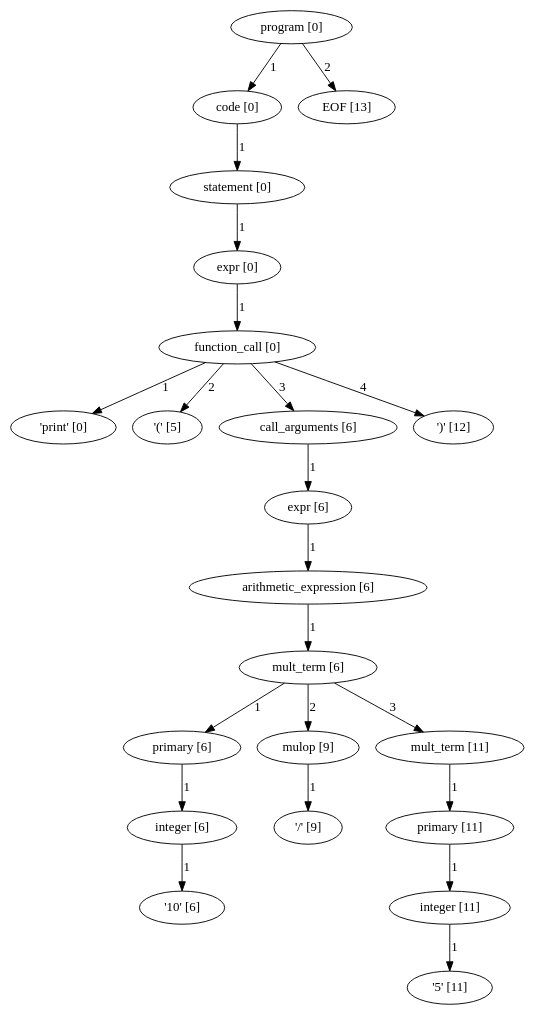
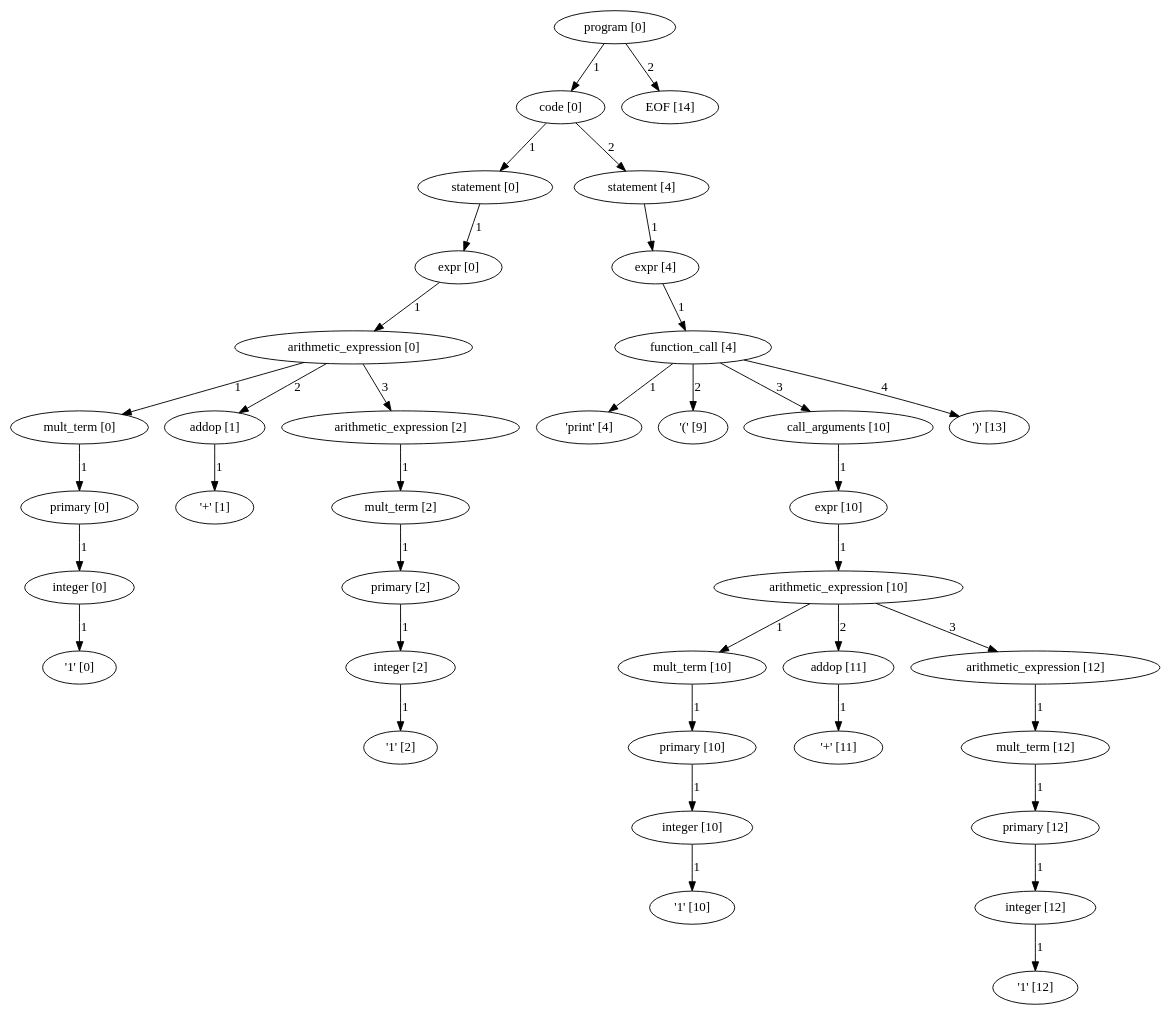
The diagram in RealProject/program_parse_tree.dot (pragdave/cs3342_smurf), drawn with Graphviz before and after one commit. The commit also changed 8 other files, not shown here.

```diff
--- a/RealProject/program_parse_tree.dot
+++ b/RealProject/program_parse_tree.dot
@@ -1,66 +1,111 @@
 digraph arpeggio_graph {
-2772143938960 [label="program [0]"];
-2772143938960->2772143939096 [label="1"]
+1609273560872 [label="program [0]"];
+1609273560872->1609273586008 [label="1"]
 
-2772143939096 [label="code [0]"];
-2772143939096->2772144153736 [label="1"]
+1609273586008 [label="code [0]"];
+1609273586008->1609273766504 [label="1"]
 
-2772144153736 [label="statement [0]"];
-2772144153736->2772144153600 [label="1"]
+1609273766504 [label="statement [0]"];
+1609273766504->1609273766368 [label="1"]
 
-2772144153600 [label="expr [0]"];
-2772144153600->2772144153464 [label="1"]
+1609273766368 [label="expr [0]"];
+1609273766368->1609273766232 [label="1"]
 
-2772144153464 [label="function_call [0]"];
-2772144153464->2772143524504 [label="1"]
+1609273766232 [label="arithmetic_expression [0]"];
+1609273766232->1609273670240 [label="1"]
 
-2772143524504 [label=" 'print' [0]"];
-2772144153464->2772143524624 [label="2"]
+1609273670240 [label="mult_term [0]"];
+1609273670240->1609273670104 [label="1"]
 
-2772143524624 [label=" '(' [5]"];
-2772144153464->2772144153328 [label="3"]
+1609273670104 [label="primary [0]"];
+1609273670104->1609273669968 [label="1"]
 
-2772144153328 [label="call_arguments [6]"];
-2772144153328->2772144153192 [label="1"]
+1609273669968 [label="integer [0]"];
+1609273669968->1609273134440 [label="1"]
 
-2772144153192 [label="expr [6]"];
-2772144153192->2772144153056 [label="1"]
+1609273134440 [label=" '1' [0]"];
+1609273766232->1609273670376 [label="2"]
 
-2772144153056 [label="arithmetic_expression [6]"];
-2772144153056->2772144152920 [label="1"]
+1609273670376 [label="addop [1]"];
+1609273670376->1609273134560 [label="1"]
 
-2772144152920 [label="mult_term [6]"];
-2772144152920->2772144110992 [label="1"]
+1609273134560 [label=" '+' [1]"];
+1609273766232->1609273766096 [label="3"]
 
-2772144110992 [label="primary [6]"];
-2772144110992->2772144110856 [label="1"]
+1609273766096 [label="arithmetic_expression [2]"];
+1609273766096->1609273765960 [label="1"]
 
-2772144110856 [label="integer [6]"];
-2772144110856->2772144128312 [label="1"]
+1609273765960 [label="mult_term [2]"];
+1609273765960->1609273671464 [label="1"]
 
-2772144128312 [label=" '10' [6]"];
-2772144152920->2772144111128 [label="2"]
+1609273671464 [label="primary [2]"];
+1609273671464->1609273669560 [label="1"]
 
-2772144111128 [label="mulop [9]"];
-2772144111128->2772144128432 [label="1"]
+1609273669560 [label="integer [2]"];
+1609273669560->1609273753672 [label="1"]
 
-2772144128432 [label=" '/' [9]"];
-2772144152920->2772144152784 [label="3"]
+1609273753672 [label=" '1' [2]"];
+1609273586008->1609273768408 [label="2"]
 
-2772144152784 [label="mult_term [11]"];
-2772144152784->2772144152648 [label="1"]
+1609273768408 [label="statement [4]"];
+1609273768408->1609273768272 [label="1"]
 
-2772144152648 [label="primary [11]"];
-2772144152648->2772144109496 [label="1"]
+1609273768272 [label="expr [4]"];
+1609273768272->1609273768136 [label="1"]
 
-2772144109496 [label="integer [11]"];
-2772144109496->2772144128672 [label="1"]
+1609273768136 [label="function_call [4]"];
+1609273768136->1609273133720 [label="1"]
 
-2772144128672 [label=" '5' [11]"];
-2772144153464->2772144128792 [label="4"]
+1609273133720 [label=" 'print' [4]"];
+1609273768136->1609273133840 [label="2"]
 
-2772144128792 [label=" ')' [12]"];
-2772143938960->2772143525104 [label="2"]
+1609273133840 [label=" '(' [9]"];
+1609273768136->1609273768000 [label="3"]
 
-2772143525104 [label="EOF [13]"];
+1609273768000 [label="call_arguments [10]"];
+1609273768000->1609273767864 [label="1"]
+
+1609273767864 [label="expr [10]"];
+1609273767864->1609273767728 [label="1"]
+
+1609273767728 [label="arithmetic_expression [10]"];
+1609273767728->1609273669832 [label="1"]
+
+1609273669832 [label="mult_term [10]"];
+1609273669832->1609273670512 [label="1"]
+
+1609273670512 [label="primary [10]"];
+1609273670512->1609273670648 [label="1"]
+
+1609273670648 [label="integer [10]"];
+1609273670648->1609273134920 [label="1"]
+
+1609273134920 [label=" '1' [10]"];
+1609273767728->1609273669696 [label="2"]
+
+1609273669696 [label="addop [11]"];
+1609273669696->1609273753792 [label="1"]
+
+1609273753792 [label=" '+' [11]"];
+1609273767728->1609273767592 [label="3"]
+
+1609273767592 [label="arithmetic_expression [12]"];
+1609273767592->1609273767456 [label="1"]
+
+1609273767456 [label="mult_term [12]"];
+1609273767456->1609273767320 [label="1"]
+
+1609273767320 [label="primary [12]"];
+1609273767320->1609273671056 [label="1"]
+
+1609273671056 [label="integer [12]"];
+1609273671056->1609273754272 [label="1"]
+
+1609273754272 [label=" '1' [12]"];
+1609273768136->1609273754392 [label="4"]
+
+1609273754392 [label=" ')' [13]"];
+1609273560872->1609273133960 [label="2"]
+
+1609273133960 [label="EOF [14]"];
 }
```
